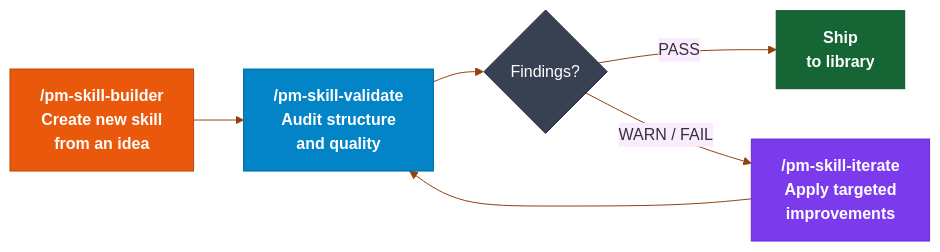
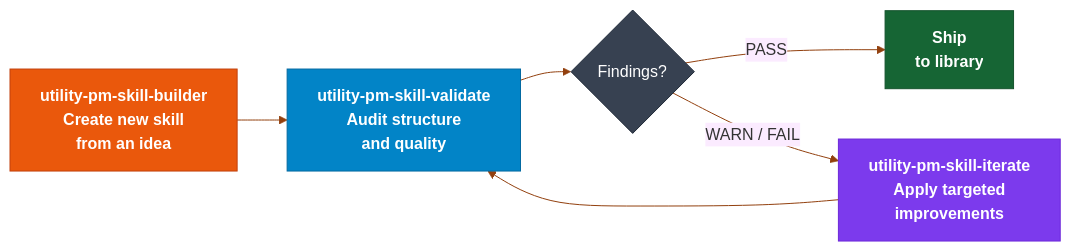
One commit to product-on-purpose/pm-skills changed the first of 6 diagrams in README.md. Above: the diagram before and after it, drawn with Mermaid. The commit also changed other lines of this file and 187 other files, not shown here.

````diff
--- a/README.md
+++ b/README.md
@@ -330,21 +330,21 @@
 ```mermaid
 %%{init: {'theme': 'base', 'themeVariables': {'primaryColor': '#fffbeb', 'primaryBorderColor': '#fde68a', 'lineColor': '#92400e'}}}%%
 flowchart LR
     classDef create fill:#ea580c,stroke:#c2410c,color:#fff,font-weight:bold
     classDef validate fill:#0284c7,stroke:#0369a1,color:#fff,font-weight:bold
     classDef decision fill:#374151,stroke:#1f2937,color:#fff
     classDef ship fill:#166534,stroke:#14532d,color:#fff,font-weight:bold
     classDef iterate fill:#7c3aed,stroke:#6d28d9,color:#fff,font-weight:bold
 
-    Create["/pm-skill-builder<br/>Create new skill<br/>from an idea"]:::create
-    Validate["/pm-skill-validate<br/>Audit structure<br/>and quality"]:::validate
+    Create["utility-pm-skill-builder<br/>Create new skill<br/>from an idea"]:::create
+    Validate["utility-pm-skill-validate<br/>Audit structure<br/>and quality"]:::validate
     Decision{"Findings?"}:::decision
     Ship["Ship<br/>to library"]:::ship
-    Iterate["/pm-skill-iterate<br/>Apply targeted<br/>improvements"]:::iterate
+    Iterate["utility-pm-skill-iterate<br/>Apply targeted<br/>improvements"]:::iterate
 
     Create --> Validate
     Validate --> Decision
     Decision -- "PASS" --> Ship
     Decision -- "WARN / FAIL" --> Iterate
     Iterate --> Validate
 ```
````
